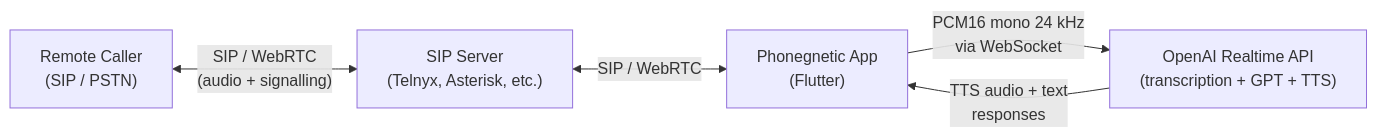
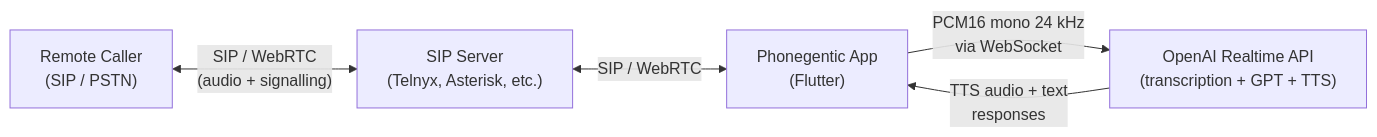
One commit to zeropointnine/phonegentic changed the diagram in README.md. Above: the diagram before and after it, drawn with Mermaid. The commit also changed other lines of this file and 193 other files, not shown here.

````diff
--- a/README.md
+++ b/README.md
@@ -35,7 +35,7 @@
 ```mermaid
 flowchart LR
   Caller["Remote Caller\n(SIP / PSTN)"] <-->|"SIP / WebRTC\n(audio + signalling)"| SIP["SIP Server\n(Telnyx, Asterisk, etc.)"]
-  SIP <-->|"SIP / WebRTC"| App["Phonegnetic App\n(Flutter)"]
+  SIP <-->|"SIP / WebRTC"| App["Phonegentic App\n(Flutter)"]
   App -->|"PCM16 mono 24 kHz\nvia WebSocket"| AI["OpenAI Realtime API\n(transcription + GPT + TTS)"]
   AI -->|"TTS audio + text\nresponses"| App
 ```
````
